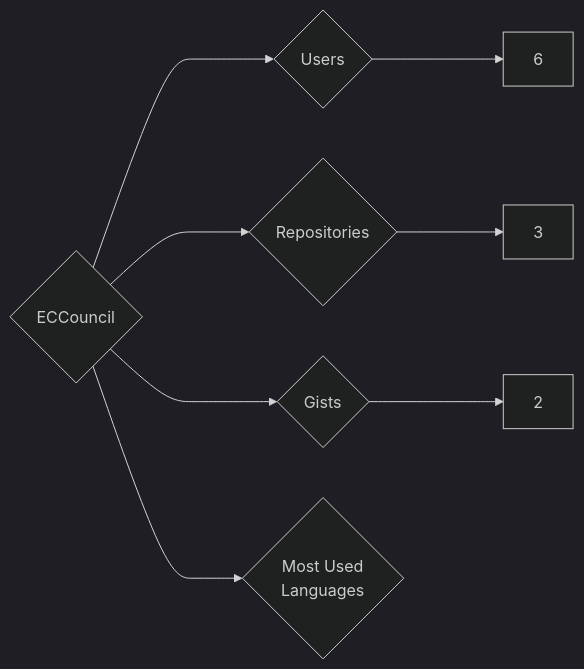
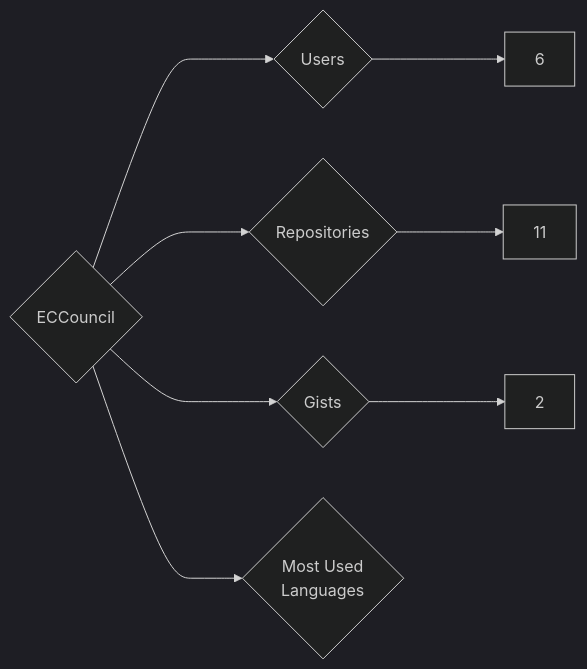
The diagram in targets/ECCouncil/README.md (trickest/insiders), drawn with Mermaid (dark theme) before and after one commit. The commit also changed 1055 other files, not shown here.

````diff
--- a/targets/ECCouncil/README.md
+++ b/targets/ECCouncil/README.md
@@ -3,8 +3,8 @@
 ```mermaid
 graph LR
 COMPANY_NAME{ECCouncil}
 COMPANY_NAME ---> U{Users} ---> UN[6]
-COMPANY_NAME ---> R{Repositories} ---> RN[3]
+COMPANY_NAME ---> R{Repositories} ---> RN[11]
 COMPANY_NAME ---> G{Gists} ---> GN[2]
 COMPANY_NAME ---> ML{Most Used<br>Languages}
 ```
````
